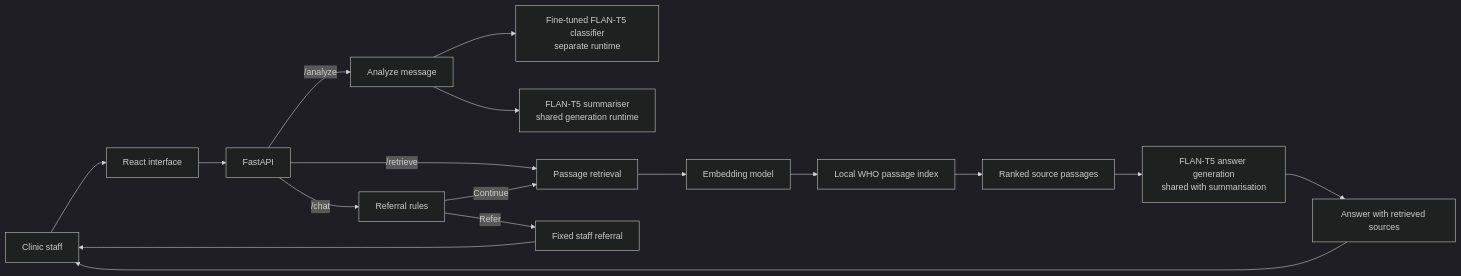
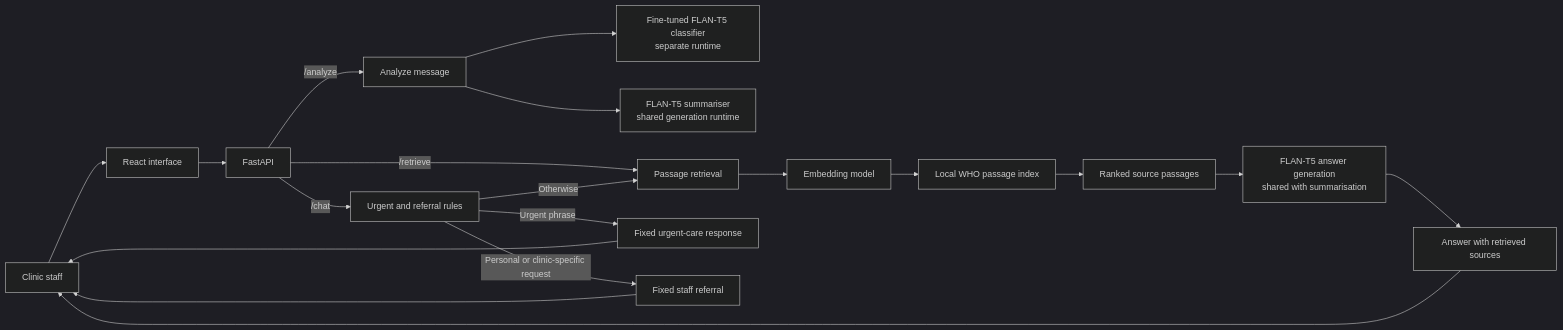
The diagram in Assignment-2/docs/report/report.md (sanjaykumarpushadapu/Assignment-APIDrivenCloudNativeSolutions-AIMLCZG549), drawn with Mermaid (dark theme) before and after one commit. The commit also changed other lines of this file, not shown here.

````diff
--- a/Assignment-2/docs/report/report.md
+++ b/Assignment-2/docs/report/report.md
@@ -41,21 +41,23 @@
 ```mermaid
 flowchart LR
     Staff[Clinic staff] --> UI[React interface]
     UI --> API[FastAPI]
 
     API -->|/analyze| Analyze[Analyze message]
     Analyze --> Classifier[Fine-tuned FLAN-T5 classifier<br/>separate runtime]
     Analyze --> Summary[FLAN-T5 summariser<br/>shared generation runtime]
 
     API -->|/retrieve| Retriever[Passage retrieval]
-    API -->|/chat| Guard[Referral rules]
-    Guard -->|Refer| Handoff[Fixed staff referral]
-    Guard -->|Continue| Retriever
+    API -->|/chat| Guard[Urgent and referral rules]
+    Guard -->|Urgent phrase| Urgent[Fixed urgent-care response]
+    Guard -->|Personal or clinic-specific request| Handoff[Fixed staff referral]
+    Guard -->|Otherwise| Retriever
     Retriever --> Embed[Embedding model]
     Embed --> Index[Local WHO passage index]
     Index --> Context[Ranked source passages]
     Context --> Answer[FLAN-T5 answer generation<br/>shared with summarisation]
     Answer --> Result[Answer with retrieved sources]
     Result --> Staff
+    Urgent --> Staff
     Handoff --> Staff
 ```
````
